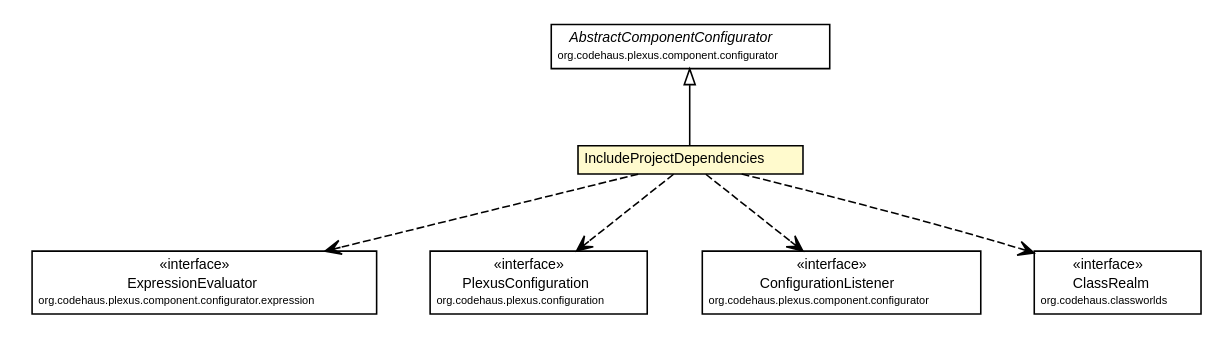
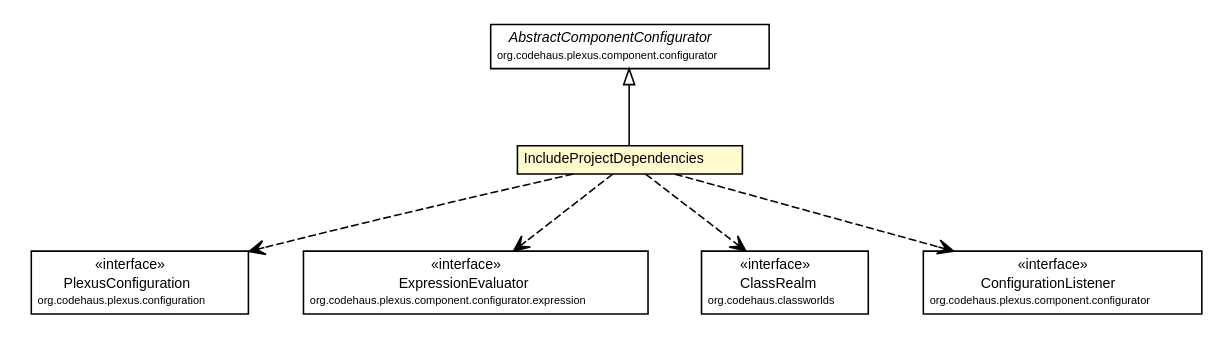
One commit to synchronoss/cpo-api changed the diagram in site/apidocs/org/synchronoss/cpo/plugin/IncludeProjectDependencies.dot. Above: the diagram before and after it, drawn with Graphviz. The commit also changed 1957 other files, not shown here.

```diff
--- a/site/apidocs/org/synchronoss/cpo/plugin/IncludeProjectDependencies.dot
+++ b/site/apidocs/org/synchronoss/cpo/plugin/IncludeProjectDependencies.dot
@@ -1,65 +1,65 @@
 #!/usr/local/bin/dot
 #
 # Class diagram 
 # Generated by UmlGraph version 4.6 (http://www.spinellis.gr/sw/umlgraph)
 #
 
 digraph G {
 	edge [fontname="Helvetica",fontsize=10,labelfontname="Helvetica",labelfontsize=10];
 	node [fontname="Helvetica",fontsize=10,shape=plaintext];
 	// org.synchronoss.cpo.plugin.IncludeProjectDependencies
-	c53834 [label=<<table border="0" cellborder="1" cellspacing="0" cellpadding="2" port="p" bgcolor="lemonChiffon" href="./IncludeProjectDependencies.html">
+	c54548 [label=<<table border="0" cellborder="1" cellspacing="0" cellpadding="2" port="p" bgcolor="lemonChiffon" href="./IncludeProjectDependencies.html">
 		<tr><td><table border="0" cellspacing="0" cellpadding="1">
 			<tr><td> IncludeProjectDependencies </td></tr>
 		</table></td></tr>
 		</table>>, fontname="Helvetica", fontcolor="black", fontsize=9.0];
 	//org.synchronoss.cpo.plugin.IncludeProjectDependencies extends org.codehaus.plexus.component.configurator.AbstractComponentConfigurator
-	c53839:p -> c53834:p [dir=back,arrowtail=empty];
+	c54554:p -> c54548:p [dir=back,arrowtail=empty];
+	// org.synchronoss.cpo.plugin.IncludeProjectDependencies DEPEND org.codehaus.plexus.configuration.PlexusConfiguration
+	c54548:p -> c54555:p [taillabel="", label="", headlabel="", fontname="Helvetica", fontcolor="black", fontsize=10.0, color="black", arrowhead=open, style=dashed];
 	// org.synchronoss.cpo.plugin.IncludeProjectDependencies DEPEND org.codehaus.plexus.component.configurator.expression.ExpressionEvaluator
-	c53834:p -> c53840:p [taillabel="", label="", headlabel="", fontname="Helvetica", fontcolor="black", fontsize=10.0, color="black", arrowhead=open, style=dashed];
-	// org.synchronoss.cpo.plugin.IncludeProjectDependencies DEPEND org.codehaus.plexus.configuration.PlexusConfiguration
-	c53834:p -> c53841:p [taillabel="", label="", headlabel="", fontname="Helvetica", fontcolor="black", fontsize=10.0, color="black", arrowhead=open, style=dashed];
+	c54548:p -> c54556:p [taillabel="", label="", headlabel="", fontname="Helvetica", fontcolor="black", fontsize=10.0, color="black", arrowhead=open, style=dashed];
+	// org.synchronoss.cpo.plugin.IncludeProjectDependencies DEPEND org.codehaus.classworlds.ClassRealm
+	c54548:p -> c54559:p [taillabel="", label="", headlabel="", fontname="Helvetica", fontcolor="black", fontsize=10.0, color="black", arrowhead=open, style=dashed];
 	// org.synchronoss.cpo.plugin.IncludeProjectDependencies DEPEND org.codehaus.plexus.component.configurator.ConfigurationListener
-	c53834:p -> c53842:p [taillabel="", label="", headlabel="", fontname="Helvetica", fontcolor="black", fontsize=10.0, color="black", arrowhead=open, style=dashed];
-	// org.synchronoss.cpo.plugin.IncludeProjectDependencies DEPEND org.codehaus.classworlds.ClassRealm
-	c53834:p -> c53845:p [taillabel="", label="", headlabel="", fontname="Helvetica", fontcolor="black", fontsize=10.0, color="black", arrowhead=open, style=dashed];
+	c54548:p -> c54560:p [taillabel="", label="", headlabel="", fontname="Helvetica", fontcolor="black", fontsize=10.0, color="black", arrowhead=open, style=dashed];
+	// org.codehaus.plexus.component.configurator.AbstractComponentConfigurator
+	c54554 [label=<<table border="0" cellborder="1" cellspacing="0" cellpadding="2" port="p" href="http://java.sun.com/j2se/1.4.2/docs/api/org/codehaus/plexus/component/configurator/AbstractComponentConfigurator.html">
+		<tr><td><table border="0" cellspacing="0" cellpadding="1">
+			<tr><td><font face="Helvetica-Oblique"> AbstractComponentConfigurator </font></td></tr>
+			<tr><td><font point-size="7.0"> org.codehaus.plexus.component.configurator </font></td></tr>
+		</table></td></tr>
+		</table>>, fontname="Helvetica", fontcolor="black", fontsize=9.0];
+	// org.codehaus.plexus.configuration.PlexusConfiguration
+	c54555 [label=<<table border="0" cellborder="1" cellspacing="0" cellpadding="2" port="p" href="http://java.sun.com/j2se/1.4.2/docs/api/org/codehaus/plexus/configuration/PlexusConfiguration.html">
+		<tr><td><table border="0" cellspacing="0" cellpadding="1">
+			<tr><td> &laquo;interface&raquo; </td></tr>
+			<tr><td> PlexusConfiguration </td></tr>
+			<tr><td><font point-size="7.0"> org.codehaus.plexus.configuration </font></td></tr>
+		</table></td></tr>
+		</table>>, fontname="Helvetica", fontcolor="black", fontsize=9.0];
 	// org.codehaus.classworlds.ClassRealm
-	c53845 [label=<<table border="0" cellborder="1" cellspacing="0" cellpadding="2" port="p" href="http://java.sun.com/j2se/1.4.2/docs/api/org/codehaus/classworlds/ClassRealm.html">
+	c54559 [label=<<table border="0" cellborder="1" cellspacing="0" cellpadding="2" port="p" href="http://java.sun.com/j2se/1.4.2/docs/api/org/codehaus/classworlds/ClassRealm.html">
 		<tr><td><table border="0" cellspacing="0" cellpadding="1">
 			<tr><td> &laquo;interface&raquo; </td></tr>
 			<tr><td> ClassRealm </td></tr>
 			<tr><td><font point-size="7.0"> org.codehaus.classworlds </font></td></tr>
 		</table></td></tr>
 		</table>>, fontname="Helvetica", fontcolor="black", fontsize=9.0];
+	// org.codehaus.plexus.component.configurator.ConfigurationListener
+	c54560 [label=<<table border="0" cellborder="1" cellspacing="0" cellpadding="2" port="p" href="http://java.sun.com/j2se/1.4.2/docs/api/org/codehaus/plexus/component/configurator/ConfigurationListener.html">
+		<tr><td><table border="0" cellspacing="0" cellpadding="1">
+			<tr><td> &laquo;interface&raquo; </td></tr>
+			<tr><td> ConfigurationListener </td></tr>
+			<tr><td><font point-size="7.0"> org.codehaus.plexus.component.configurator </font></td></tr>
+		</table></td></tr>
+		</table>>, fontname="Helvetica", fontcolor="black", fontsize=9.0];
 	// org.codehaus.plexus.component.configurator.expression.ExpressionEvaluator
-	c53840 [label=<<table border="0" cellborder="1" cellspacing="0" cellpadding="2" port="p" href="http://java.sun.com/j2se/1.4.2/docs/api/org/codehaus/plexus/component/configurator/expression/ExpressionEvaluator.html">
+	c54556 [label=<<table border="0" cellborder="1" cellspacing="0" cellpadding="2" port="p" href="http://java.sun.com/j2se/1.4.2/docs/api/org/codehaus/plexus/component/configurator/expression/ExpressionEvaluator.html">
 		<tr><td><table border="0" cellspacing="0" cellpadding="1">
 			<tr><td> &laquo;interface&raquo; </td></tr>
 			<tr><td> ExpressionEvaluator </td></tr>
 			<tr><td><font point-size="7.0"> org.codehaus.plexus.component.configurator.expression </font></td></tr>
 		</table></td></tr>
 		</table>>, fontname="Helvetica", fontcolor="black", fontsize=9.0];
-	// org.codehaus.plexus.component.configurator.AbstractComponentConfigurator
-	c53839 [label=<<table border="0" cellborder="1" cellspacing="0" cellpadding="2" port="p" href="http://java.sun.com/j2se/1.4.2/docs/api/org/codehaus/plexus/component/configurator/AbstractComponentConfigurator.html">
-		<tr><td><table border="0" cellspacing="0" cellpadding="1">
-			<tr><td><font face="Helvetica-Oblique"> AbstractComponentConfigurator </font></td></tr>
-			<tr><td><font point-size="7.0"> org.codehaus.plexus.component.configurator </font></td></tr>
-		</table></td></tr>
-		</table>>, fontname="Helvetica", fontcolor="black", fontsize=9.0];
-	// org.codehaus.plexus.component.configurator.ConfigurationListener
-	c53842 [label=<<table border="0" cellborder="1" cellspacing="0" cellpadding="2" port="p" href="http://java.sun.com/j2se/1.4.2/docs/api/org/codehaus/plexus/component/configurator/ConfigurationListener.html">
-		<tr><td><table border="0" cellspacing="0" cellpadding="1">
-			<tr><td> &laquo;interface&raquo; </td></tr>
-			<tr><td> ConfigurationListener </td></tr>
-			<tr><td><font point-size="7.0"> org.codehaus.plexus.component.configurator </font></td></tr>
-		</table></td></tr>
-		</table>>, fontname="Helvetica", fontcolor="black", fontsize=9.0];
-	// org.codehaus.plexus.configuration.PlexusConfiguration
-	c53841 [label=<<table border="0" cellborder="1" cellspacing="0" cellpadding="2" port="p" href="http://java.sun.com/j2se/1.4.2/docs/api/org/codehaus/plexus/configuration/PlexusConfiguration.html">
-		<tr><td><table border="0" cellspacing="0" cellpadding="1">
-			<tr><td> &laquo;interface&raquo; </td></tr>
-			<tr><td> PlexusConfiguration </td></tr>
-			<tr><td><font point-size="7.0"> org.codehaus.plexus.configuration </font></td></tr>
-		</table></td></tr>
-		</table>>, fontname="Helvetica", fontcolor="black", fontsize=9.0];
 }
```
